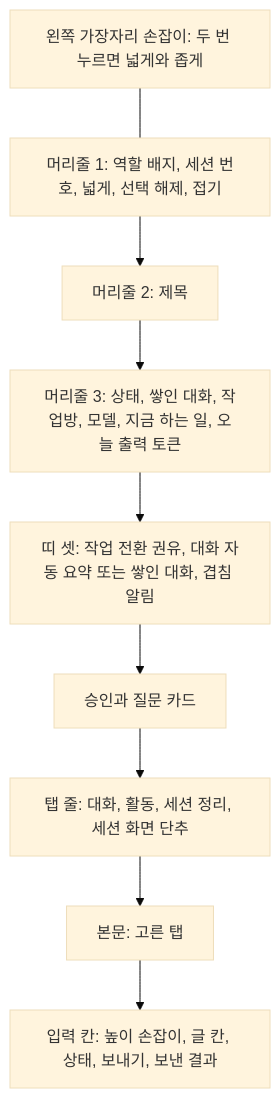
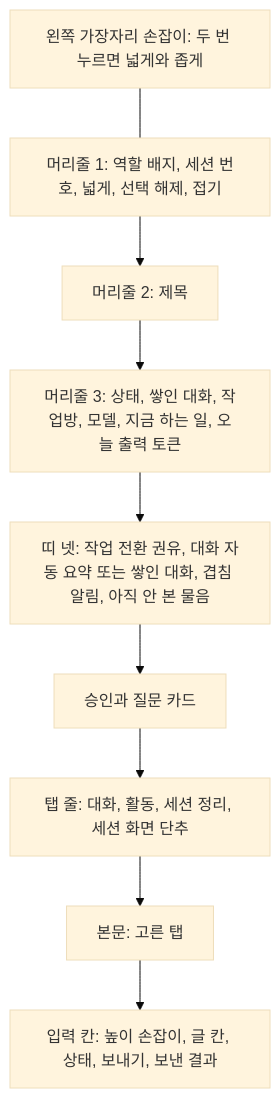
The diagram in notion/14_screen/03_panel.md (Gabriel-Joo/foreman), drawn with Mermaid (base theme) before and after one commit. The commit also changed other lines of this file and 18 other files, not shown here.

````diff
--- a/notion/14_screen/03_panel.md
+++ b/notion/14_screen/03_panel.md
@@ -24,11 +24,11 @@
 ```mermaid
 flowchart TB
     G[왼쪽 가장자리 손잡이: 두 번 누르면 넓게와 좁게] --- A
     A[머리줄 1: 역할 배지, 세션 번호, 넓게, 선택 해제, 접기] --> B[머리줄 2: 제목]
     B --> C[머리줄 3: 상태, 쌓인 대화, 작업방, 모델, 지금 하는 일, 오늘 출력 토큰]
-    C --> D[띠 셋: 작업 전환 권유, 대화 자동 요약 또는 쌓인 대화, 겹침 알림]
+    C --> D[띠 넷: 작업 전환 권유, 대화 자동 요약 또는 쌓인 대화, 겹침 알림, 아직 안 본 물음]
     D --> E[승인과 질문 카드]
     E --> F[탭 줄: 대화, 활동, 세션 정리, 세션 화면 단추]
     F --> H[본문: 고른 탭]
     H --> I[입력 칸: 높이 손잡이, 글 칸, 상태, 보내기, 보낸 결과]
 ```
````
